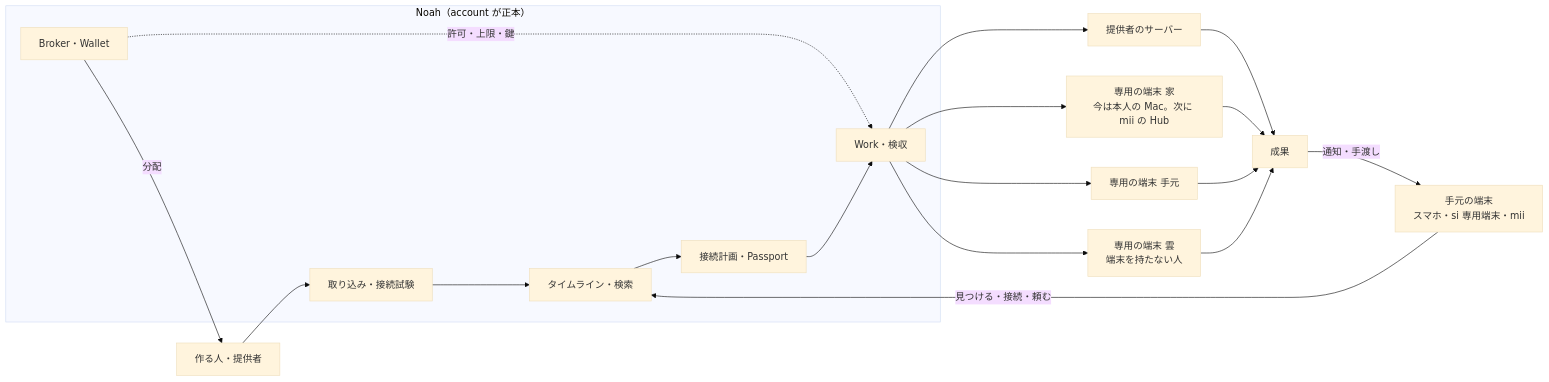
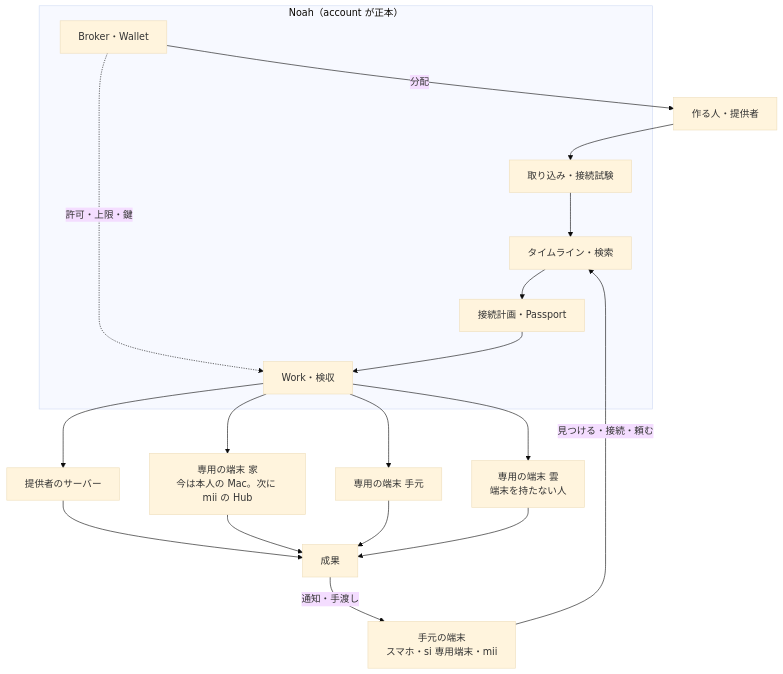
One commit to k999ln/rock changed the first of 6 diagrams in docs/noah-design.md. Above: the diagram before and after it, drawn with Mermaid (base theme). The commit also changed other lines of this file and 1 other file, not shown here.

````diff
--- a/docs/noah-design.md
+++ b/docs/noah-design.md
@@ -43,22 +43,22 @@
 ```mermaid
-flowchart LR
+flowchart TB
   A[作る人・提供者] --> IN[取り込み・接続試験]
   subgraph Noah[Noah（account が正本）]
     IN --> TL[タイムライン・検索]
     TL --> CP[接続計画・Passport]
     CP --> WK[Work・検収]
     BR[Broker・Wallet]
   end
   H[手元の端末<br/>スマホ・si 専用端末・mii] -->|見つける・接続・頼む| TL
   WK --> P[提供者のサーバー]
   WK --> HM[専用の端末 家<br/>今は本人の Mac。次に mii の Hub]
   WK --> PK[専用の端末 手元]
   WK --> C[専用の端末 雲<br/>端末を持たない人]
   P --> R[成果]
   C --> R
   HM --> R
   PK --> R
   R -->|通知・手渡し| H
   BR -. 許可・上限・鍵 .-> WK
   BR -->|分配| A
 ```
````
